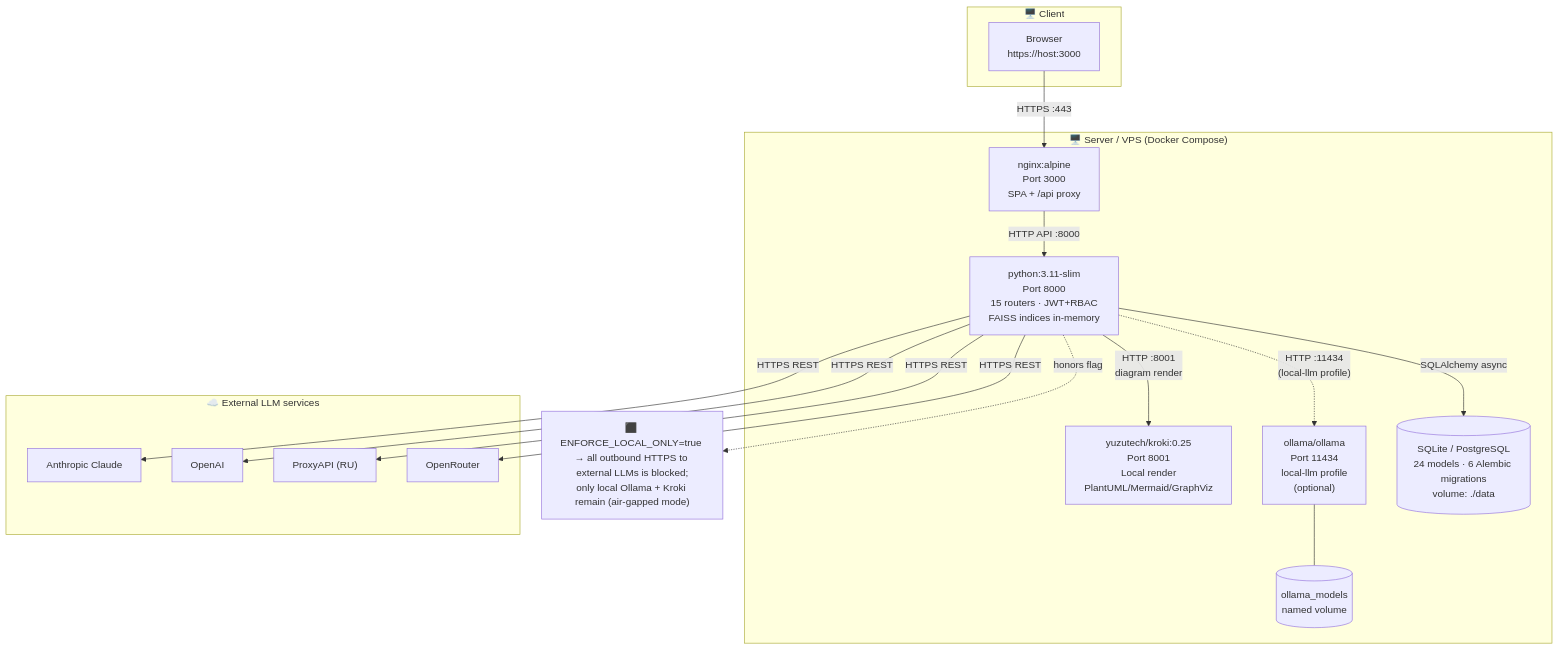
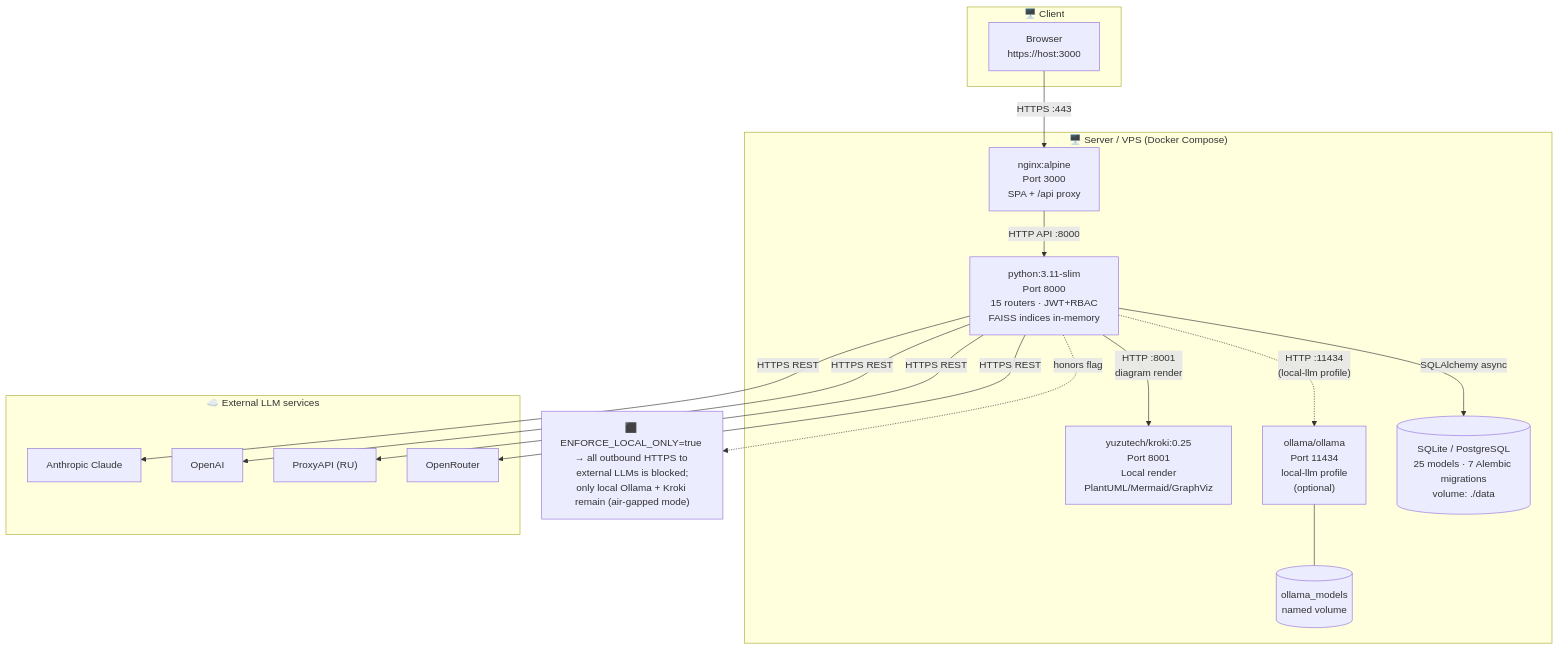
The first of 2 diagrams in docs/admin-guide-en.md (MatveiV/Analyst-Architect-AI), drawn with Mermaid before and after one commit. The commit also changed other lines of this file and 12 other files, not shown here.

Commit message:
Docs+diagrams: reflect spec_documents/kb_documents split, persistence of needs_review reasons, add ER + Variant 2/5 sequence diagrams

````diff
--- a/docs/admin-guide-en.md
+++ b/docs/admin-guide-en.md
@@ -278,37 +291,37 @@
 ```mermaid
 graph TB
     subgraph Client["🖥️ Client"]
         Browser["Browser\nhttps://host:3000"]
     end
 
     subgraph Server["🖥️ Server / VPS (Docker Compose)"]
         Nginx["nginx:alpine\nPort 3000\nSPA + /api proxy"]
         FastAPI["python:3.11-slim\nPort 8000\n15 routers · JWT+RBAC\nFAISS indices in-memory"]
         Kroki["yuzutech/kroki:0.25\nPort 8001\nLocal render\nPlantUML/Mermaid/GraphViz"]
         Ollama["ollama/ollama\nPort 11434\nlocal-llm profile\n(optional)"]
-        DB[("SQLite / PostgreSQL\n24 models · 6 Alembic migrations\nvolume: ./data")]
+        DB[("SQLite / PostgreSQL\n25 models · 7 Alembic migrations\nvolume: ./data")]
         VolOllama[("ollama_models\nnamed volume")]
     end
 
     subgraph External["☁️ External LLM services"]
         Claude["Anthropic Claude"]
         OpenAI["OpenAI"]
         ProxyAPI["ProxyAPI (RU)"]
         OpenRouter["OpenRouter"]
     end
 
     Browser -->|"HTTPS :443"| Nginx
     Nginx -->|"HTTP API :8000"| FastAPI
     FastAPI -->|"SQLAlchemy async"| DB
     FastAPI -->|"HTTP :8001\ndiagram render"| Kroki
     FastAPI -.->|"HTTP :11434\n(local-llm profile)"| Ollama
     Ollama --- VolOllama
 
     FastAPI -->|"HTTPS REST"| Claude
     FastAPI -->|"HTTPS REST"| OpenAI
     FastAPI -->|"HTTPS REST"| ProxyAPI
     FastAPI -->|"HTTPS REST"| OpenRouter
 
     note["⬛ ENFORCE_LOCAL_ONLY=true → all outbound HTTPS to external LLMs is blocked;\nonly local Ollama + Kroki remain (air-gapped mode)"]
     FastAPI -.->|"honors flag"| note
 ```
````
